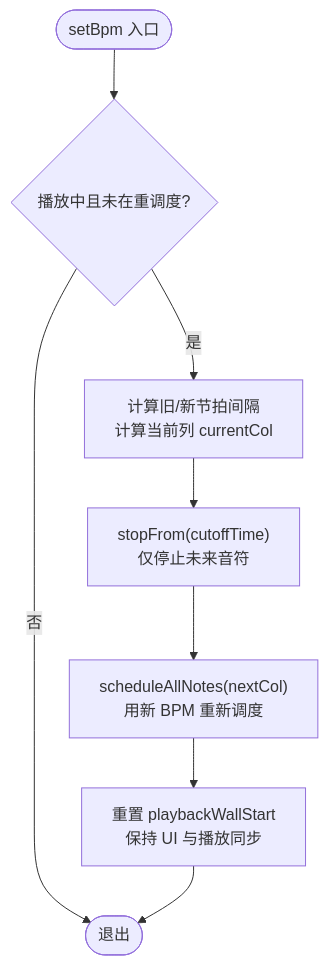
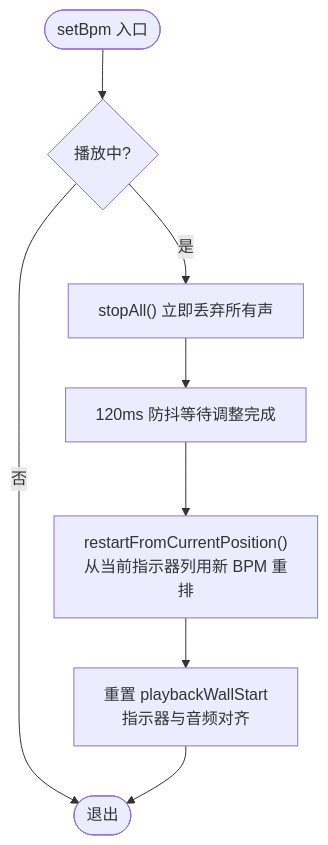
One commit to wingmeng/SUBOR-Music-Board changed the third of 4 diagrams in wiki/播放控制系统/速度控制系统.md. Above: the diagram before and after it, drawn with Mermaid. The commit also changed other lines of this file and 45 other files, not shown here.

````diff
--- a/wiki/播放控制系统/速度控制系统.md
+++ b/wiki/播放控制系统/速度控制系统.md
@@ -162,10 +165,10 @@
 ```mermaid
 flowchart TD
-Start(["setBpm 入口"]) --> CheckPlaying{"播放中且未在重调度?"}
+Start(["setBpm 入口"]) --> CheckPlaying{"播放中?"}
 CheckPlaying --> |否| End(["退出"])
-CheckPlaying --> |是| CalcOldNew["计算旧/新节拍间隔<br/>计算当前列 currentCol"]
-CalcOldNew --> StopFuture["stopFrom(cutoffTime)<br/>仅停止未来音符"]
-StopFuture --> Resched["scheduleAllNotes(nextCol)<br/>用新 BPM 重新调度"]
-Resched --> ResetWall["重置 playbackWallStart<br/>保持 UI 与播放同步"]
+CheckPlaying --> |是| StopAll["stopAll() 立即丢弃所有声"]
+StopAll --> Debounce["120ms 防抖等待调整完成"]
+Debounce --> Restart["restartFromCurrentPosition()<br/>从当前指示器列用新 BPM 重排"]
+Restart --> ResetWall["重置 playbackWallStart<br/>指示器与音频对齐"]
 ResetWall --> End
 ```
````
